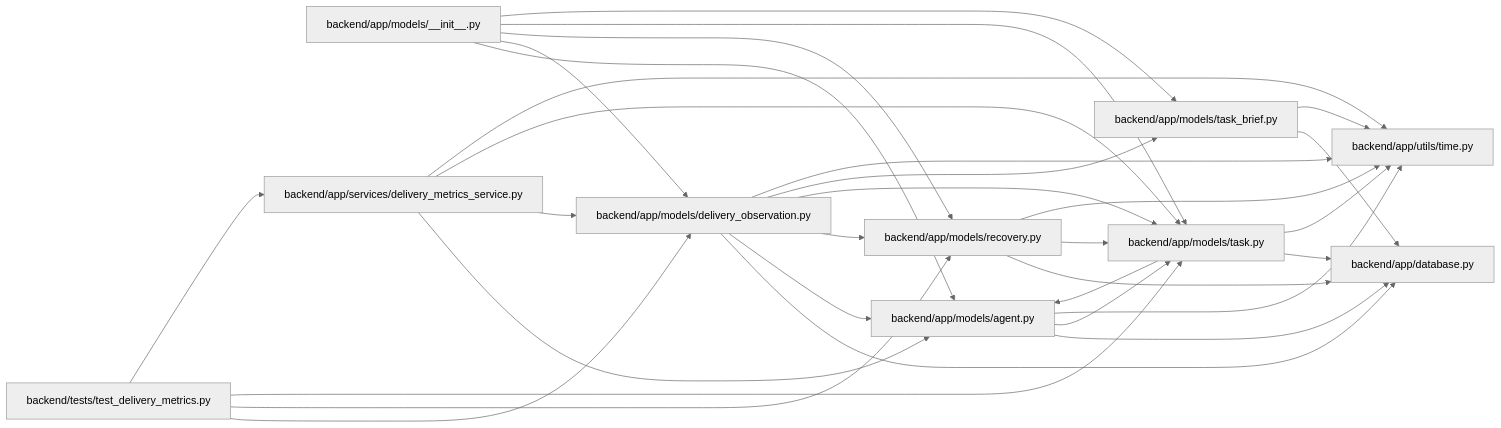
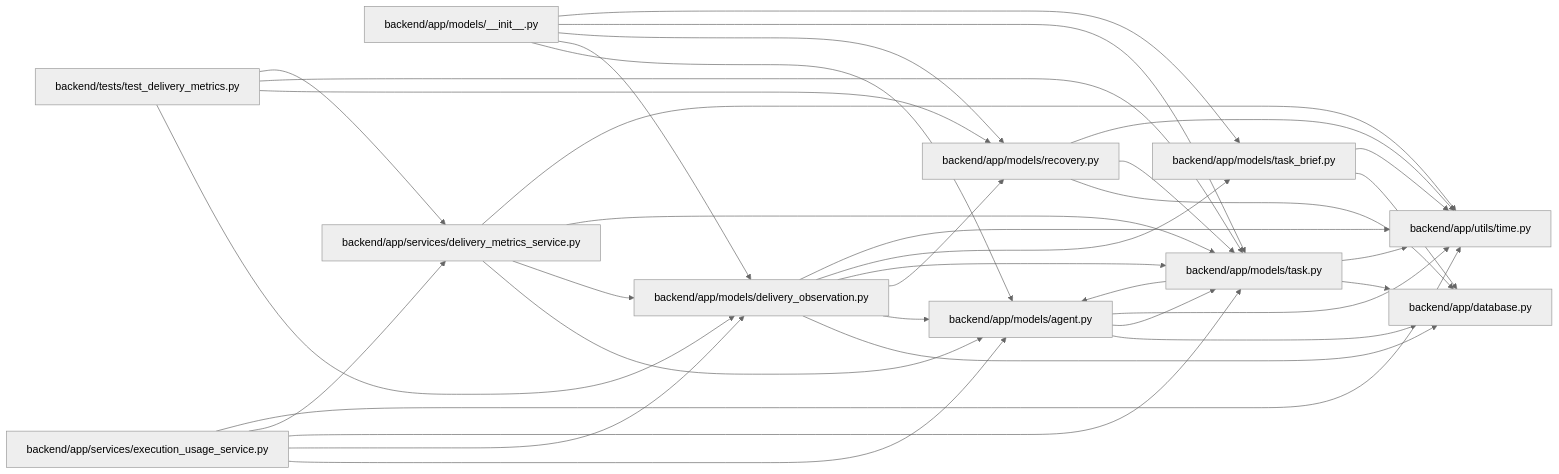
The diagram in docs/llm_wiki/modules/delivery_observation.md (Denissvgn/WorkChord), drawn with Mermaid (neutral theme) before and after one commit. The commit also changed other lines of this file and 623 other files, not shown here.

Commit message:
docs(wiki): synchronize execution usage and pricing evidence

````diff
--- a/docs/llm_wiki/modules/delivery_observation.md
+++ b/docs/llm_wiki/modules/delivery_observation.md
@@ -31,53 +31,60 @@
 ```mermaid
 flowchart LR
     n0["backend/app/database.py"]
     n1["backend/app/models/__init__.py"]
     n2["backend/app/models/agent.py"]
     n3["backend/app/models/delivery_observation.py"]
     n4["backend/app/models/recovery.py"]
     n5["backend/app/models/task.py"]
     n6["backend/app/models/task_brief.py"]
     n7["backend/app/services/delivery_metrics_service.py"]
-    n8["backend/app/utils/time.py"]
-    n9["backend/tests/test_delivery_metrics.py"]
+    n8["backend/app/services/execution_usage_service.py"]
+    n9["backend/app/utils/time.py"]
+    n10["backend/tests/test_delivery_metrics.py"]
     n1 --> n2
     n1 --> n3
     n1 --> n4
     n1 --> n5
     n1 --> n6
     n2 --> n0
     n2 --> n5
-    n2 --> n8
+    n2 --> n9
     n3 --> n0
     n3 --> n2
     n3 --> n4
     n3 --> n5
     n3 --> n6
-    n3 --> n8
+    n3 --> n9
     n4 --> n0
     n4 --> n5
-    n4 --> n8
+    n4 --> n9
     n5 --> n0
     n5 --> n2
-    n5 --> n8
+    n5 --> n9
     n6 --> n0
-    n6 --> n8
+    n6 --> n9
     n7 --> n2
     n7 --> n3
     n7 --> n5
-    n7 --> n8
-    n9 --> n3
-    n9 --> n4
-    n9 --> n5
-    n9 --> n7
+    n7 --> n9
+    n8 --> n2
+    n8 --> n3
+    n8 --> n5
+    n8 --> n7
+    n8 --> n9
+    n10 --> n3
+    n10 --> n4
+    n10 --> n5
+    n10 --> n7
     click n0 "../modules/app_database.md"
     click n1 "../modules/models___init__.md"
     click n2 "../modules/models_agent.md"
     click n3 "../modules/delivery_observation.md"
     click n4 "../modules/recovery.md"
     click n5 "../modules/models_task.md"
     click n6 "../modules/models_task_brief.md"
     click n7 "../modules/delivery_metrics_service.md"
-    click n8 "../modules/time.md"
-    click n9 "../modules/test_delivery_metrics.md"
+    click n8 "../modules/execution_usage_service.md"
+    click n9 "../modules/time.md"
+    click n10 "../modules/test_delivery_metrics.md"
 ```
````
